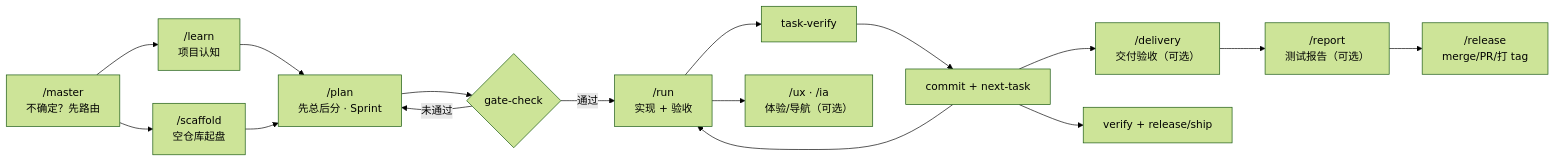
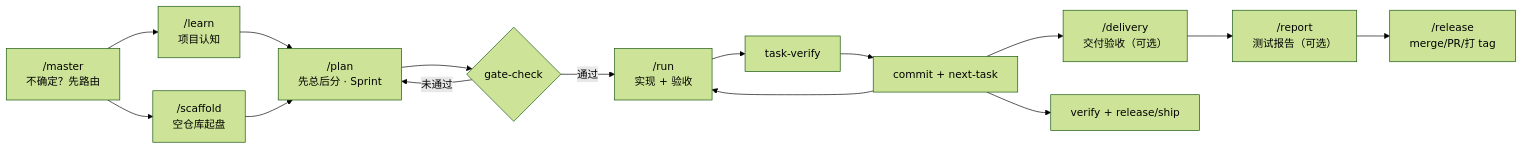
Before and after one commit to wangqiqi/cursor-ai: the diagram in README.md, drawn with Mermaid (forest theme). The commit also changed other lines of this file and 59 other files, not shown here.

````diff
--- a/README.md
+++ b/README.md
@@ -82,18 +82,17 @@
 ```mermaid
 flowchart LR
   A["/master<br/>不确定？先路由"] --> B["/scaffold<br/>空仓库起盘"]
   A --> C["/learn<br/>项目认知"]
   C --> D["/plan<br/>先总后分 · Sprint"]
   B --> D
   D --> E{"gate-check"}
   E -->|通过| F["/run<br/>实现 + 验收"]
   E -->|未通过| D
   F --> G["task-verify"]
   G --> H["commit + next-task"]
   H --> F
-  F --> U["/ux · /ia<br/>体验/导航（可选）"]
   H --> J["/delivery<br/>交付验收（可选）"]
   J --> R["/report<br/>测试报告（可选）"]
   R --> K["/release<br/>merge/PR/打 tag"]
   H --> I["verify + release/ship"]
 ```
````
